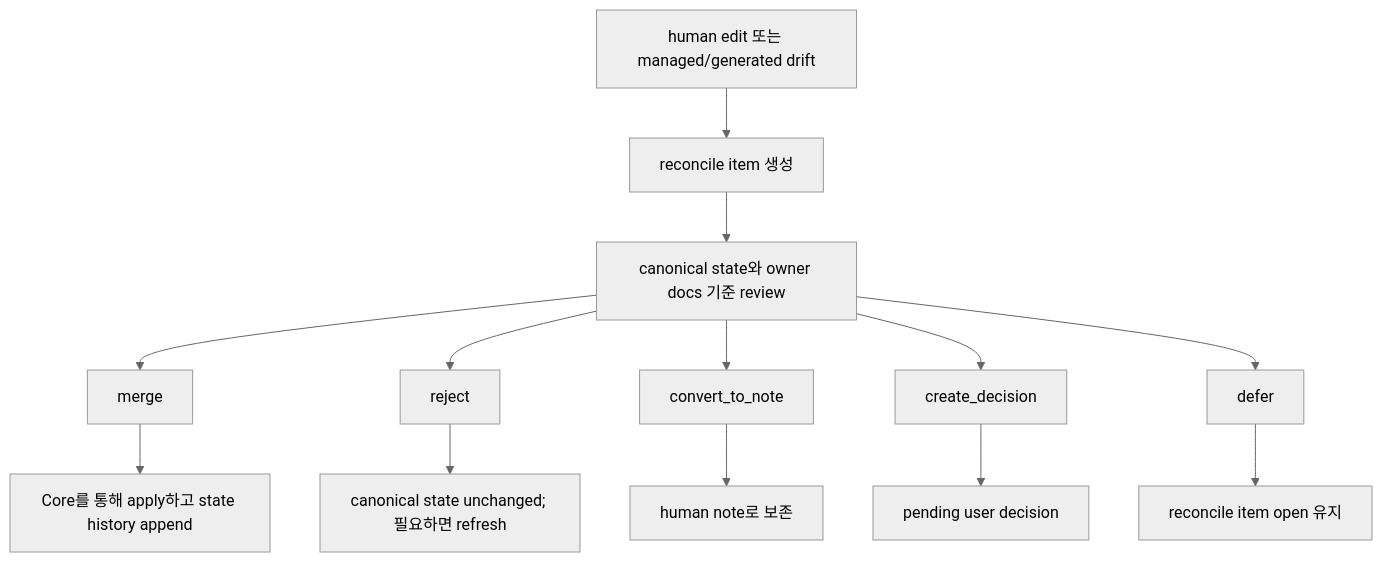
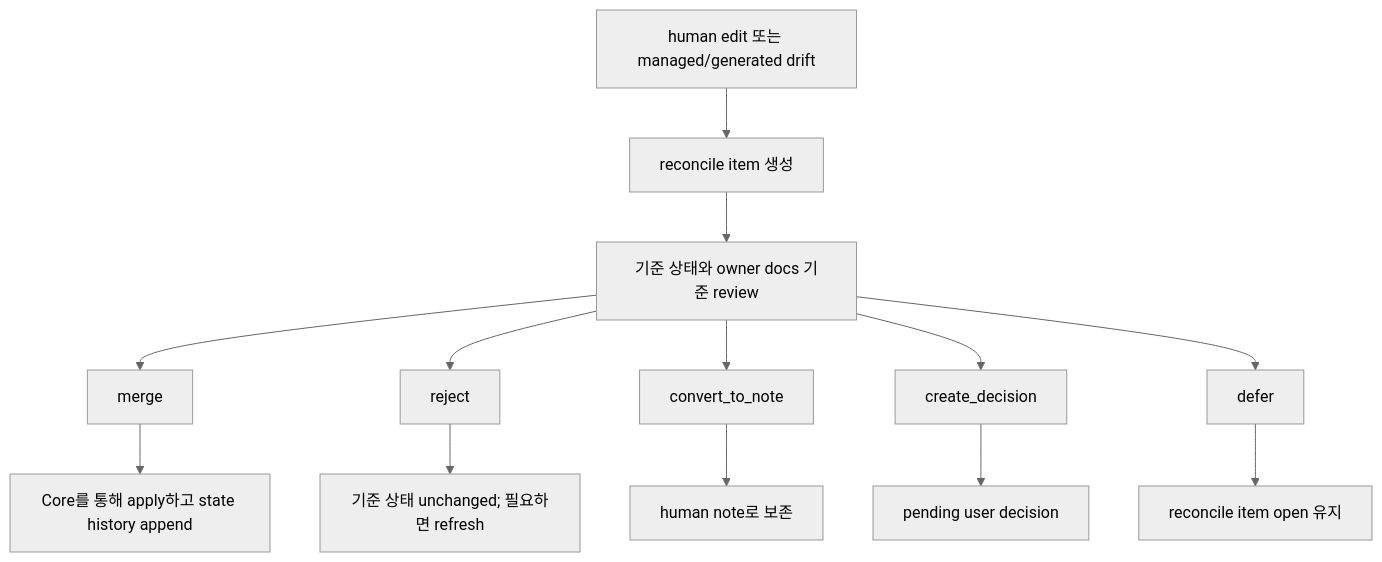
One commit to minjungw00/Harness_Project changed the eighth of 15 diagrams in docs/ko/reference/operations-and-conformance.md. Above: the diagram before and after it, drawn with Mermaid (neutral theme). The commit also changed other lines of this file and 21 other files, not shown here.

````diff
--- a/docs/ko/reference/operations-and-conformance.md
+++ b/docs/ko/reference/operations-and-conformance.md
@@ -304,15 +304,15 @@
 ```mermaid
 flowchart TD
   Input["human edit 또는 managed/generated drift"] --> Item["reconcile item 생성"]
-  Item --> Review["canonical state와 owner docs 기준 review"]
+  Item --> Review["기준 상태와 owner docs 기준 review"]
   Review --> Merge["merge"]
   Review --> Reject["reject"]
   Review --> Note["convert_to_note"]
   Review --> Decision["create_decision"]
   Review --> Defer["defer"]
   Merge --> Core["Core를 통해 apply하고 state history append"]
-  Reject --> Refresh["canonical state unchanged; 필요하면 refresh"]
+  Reject --> Refresh["기준 상태 unchanged; 필요하면 refresh"]
   Note --> Human["human note로 보존"]
   Decision --> Pending["pending user decision"]
   Defer --> Open["reconcile item open 유지"]
 ```
````
